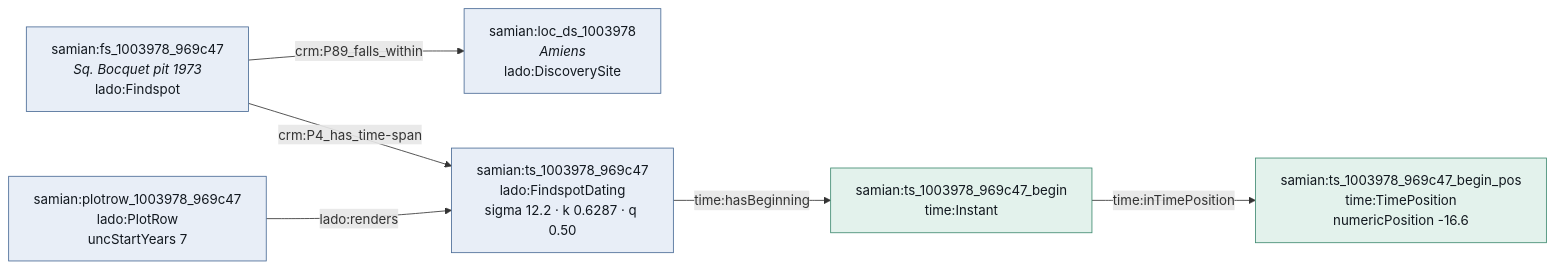
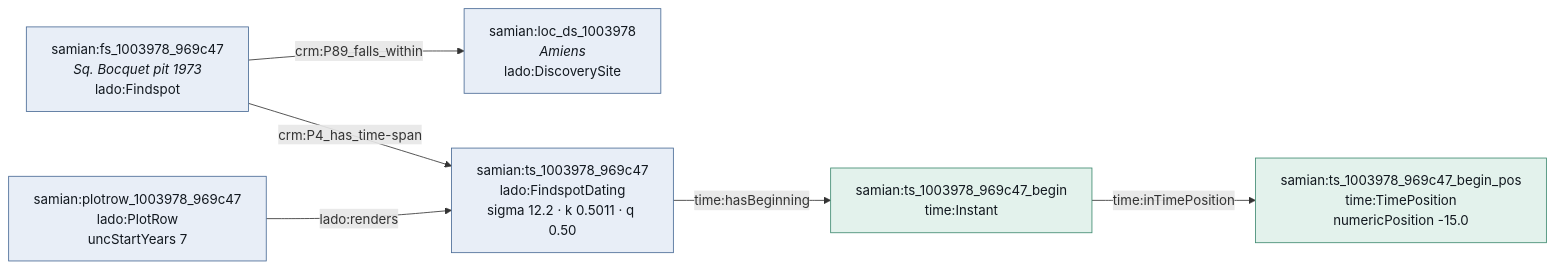
Before and after one commit to leiza-rse/IPSDatedSites: the diagram in docs/diagrams/instance.mmd, drawn with Mermaid. The commit also changed 34 other files, not shown here.

```diff
--- a/docs/diagrams/instance.mmd
+++ b/docs/diagrams/instance.mmd
@@ -1,22 +1,22 @@
 flowchart LR
     PL["samian:loc_ds_1003978<br/><i>Amiens</i><br/>lado:DiscoverySite"]
     FS["samian:fs_1003978_969c47<br/><i>Sq. Bocquet pit 1973</i><br/>lado:Findspot"]
-    TS["samian:ts_1003978_969c47<br/>lado:FindspotDating<br/>sigma 12.2 · k 0.6287 · q 0.50"]
+    TS["samian:ts_1003978_969c47<br/>lado:FindspotDating<br/>sigma 12.2 · k 0.5011 · q 0.50"]
     BG["samian:ts_1003978_969c47_begin<br/>time:Instant"]
-    PO["samian:ts_1003978_969c47_begin_pos<br/>time:TimePosition<br/>numericPosition -16.6"]
+    PO["samian:ts_1003978_969c47_begin_pos<br/>time:TimePosition<br/>numericPosition -15.0"]
     RW["samian:plotrow_1003978_969c47<br/>lado:PlotRow<br/>uncStartYears 7"]
 
     FS -->|crm:P89_falls_within| PL
     FS -->|crm:P4_has_time-span| TS
     TS -->|time:hasBeginning| BG
     BG -->|time:inTimePosition| PO
     RW -->|lado:renders| TS
 
     class PL,FS,TS,RW local
     class BG,PO time
 
     classDef local fill:#e8eef7,stroke:#4a6b96,stroke-width:1px,color:#12181f
     classDef crm fill:#efe7f5,stroke:#7a5a96,stroke-width:1px,color:#12181f
     classDef time fill:#e3f2ec,stroke:#3f8a70,stroke-width:1px,color:#12181f
     classDef ext fill:#f3f1ec,stroke:#8a857a,stroke-width:1px,color:#12181f
     classDef io fill:#faf3e3,stroke:#a8872e,stroke-width:1px,color:#12181f
```
